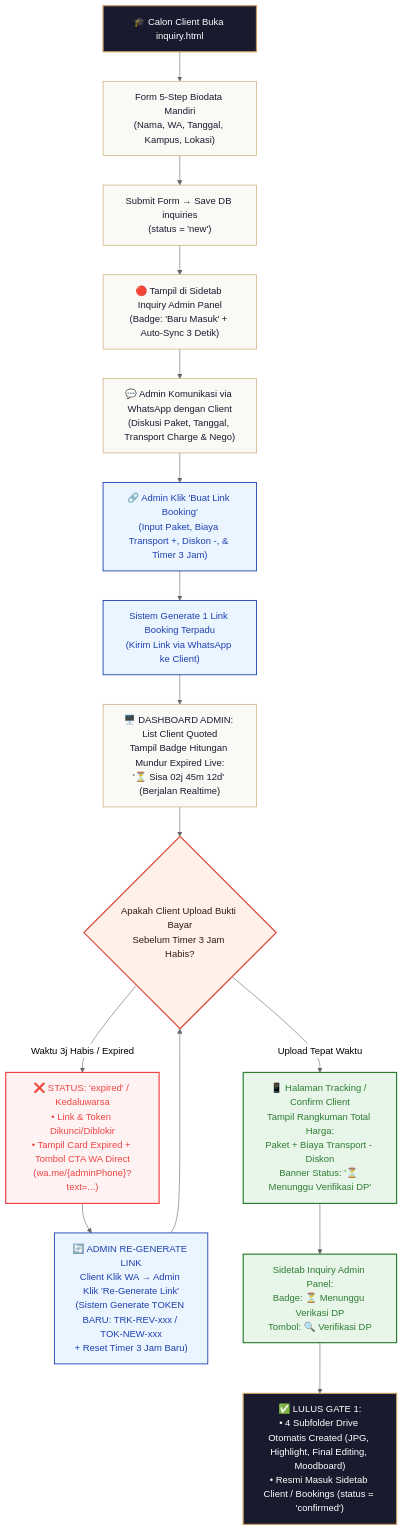
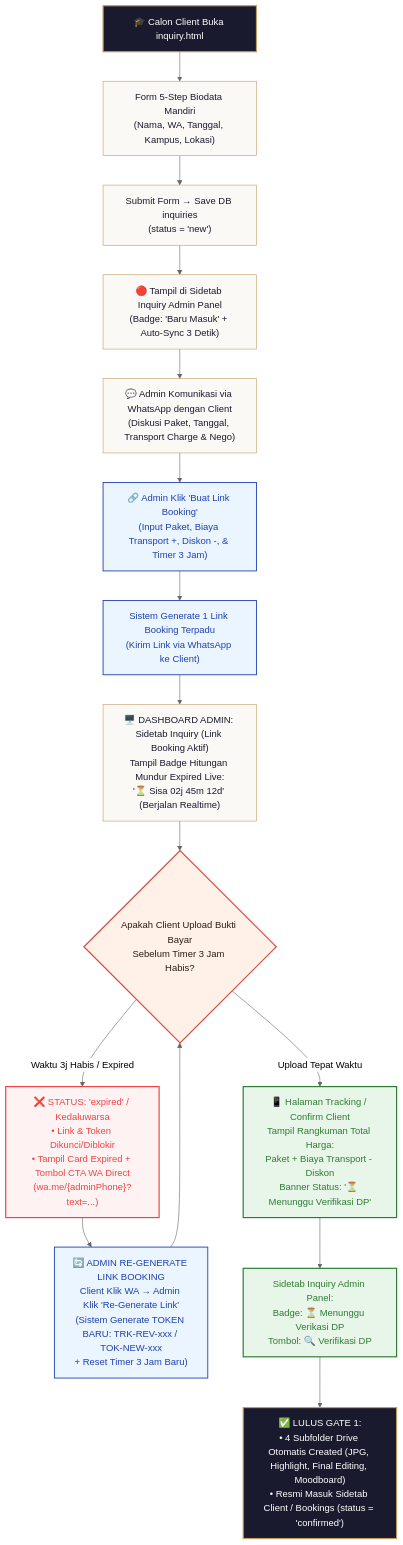
One commit to armansyam/Wisuda changed the diagram in FLOW_SISTEM/TAHAP1_alur_inqury.md. Above: the diagram before and after it, drawn with Mermaid (neutral theme). The commit also changed other lines of this file and 22 other files, not shown here.

````diff
--- a/FLOW_SISTEM/TAHAP1_alur_inqury.md
+++ b/FLOW_SISTEM/TAHAP1_alur_inqury.md
@@ -78,38 +81,38 @@
 ```mermaid
 flowchart TD
     classDef startEnd fill:#1A1A2E,stroke:#C59B63,stroke-width:2px,color:#FFF;
     classDef process fill:#FAF9F6,stroke:#C59B63,stroke-width:1px,color:#1A1A2E;
     classDef decision fill:#FFF0E8,stroke:#D94A3D,stroke-width:2px,color:#2D1B14;
     classDef branch1 fill:#EBF5FF,stroke:#1E40AF,stroke-width:1.5px,color:#1E40AF;
     classDef expired fill:#FEF2F2,stroke:#EF4444,stroke-width:2px,color:#EF4444;
     classDef gate fill:#E8F5E9,stroke:#2E7D32,stroke-width:2px,color:#2E7D32;
 
     %% TAHAP 1A
     Start["🎓 Calon Client Buka inquiry.html"]:::startEnd --> FillForm["Form 5-Step Biodata Mandiri\n(Nama, WA, Tanggal, Kampus, Lokasi)"]:::process
     FillForm --> Submit1A["Submit Form → Save DB inquiries\n(status = 'new')"]:::process
     Submit1A --> AdminAlert["🔴 Tampil di Sidetab Inquiry Admin Panel\n(Badge: 'Baru Masuk' + Auto-Sync 3 Detik)"]:::process
 
     %% TAHAP 1B
     AdminAlert --> WAComm["💬 Admin Komunikasi via WhatsApp dengan Client\n(Diskusi Paket, Tanggal, Transport Charge & Nego)"]:::process
     WAComm --> MakeLink["🔗 Admin Klik 'Buat Link Booking'\n(Input Paket, Biaya Transport +, Diskon -, & Timer 3 Jam)"]:::branch1
     MakeLink --> GenLink["Sistem Generate 1 Link Booking Terpadu\n(Kirim Link via WhatsApp ke Client)"]:::branch1
 
     %% LIVE COUNTDOWN DASHBOARD ADMIN
-    GenLink --> AdminListTimer["🖥️ DASHBOARD ADMIN: List Client Quoted\nTampil Badge Hitungan Mundur Expired Live:\n'⏳ Sisa 02j 45m 12d' (Berjalan Realtime)"]:::process
+    GenLink --> AdminListTimer["🖥️ DASHBOARD ADMIN: Sidetab Inquiry (Link Booking Aktif)\nTampil Badge Hitungan Mundur Expired Live:\n'⏳ Sisa 02j 45m 12d' (Berjalan Realtime)"]:::process
 
     %% TIMER EVALUATION
     AdminListTimer --> CheckTimer{"Apakah Client Upload Bukti Bayar\nSebelum Timer 3 Jam Habis?"}:::decision
 
     %% CABANG EXPIRED & RE-TOKEN
     CheckTimer -->|Waktu 3j Habis / Expired| ExpiredState["❌ STATUS: 'expired' / Kedaluwarsa\n• Link & Token Dikunci/Diblokir\n• Tampil Card Expired + Tombol CTA WA Direct\n(wa.me/{adminPhone}?text=...)"]:::expired
-    ExpiredState --> ReQuoteAction["🔄 ADMIN RE-GENERATE LINK\nClient Klik WA → Admin Klik 'Re-Generate Link'\n(Sistem Generate TOKEN BARU: TRK-REV-xxx / TOK-NEW-xxx\n+ Reset Timer 3 Jam Baru)"]:::branch1
-    ReQuoteAction --> CheckTimer
+    ExpiredState --> ReGenLinkAction["🔄 ADMIN RE-GENERATE LINK BOOKING\nClient Klik WA → Admin Klik 'Re-Generate Link'\n(Sistem Generate TOKEN BARU: TRK-REV-xxx / TOK-NEW-xxx\n+ Reset Timer 3 Jam Baru)"]:::branch1
+    ReGenLinkAction --> CheckTimer
 
     %% CABANG TEPAT WAKTU
     CheckTimer -->|Upload Tepat Waktu| UnifiedTracking["📱 Halaman Tracking / Confirm Client\nTampil Rangkuman Total Harga:\nPaket + Biaya Transport - Diskon\nBanner Status: '⏳ Menunggu Verifikasi DP'"]:::gate
 
     %% GATE 1 ADMIN
     UnifiedTracking --> Gate1["Sidetab Inquiry Admin Panel:\nBadge: ⏳ Menunggu Verikasi DP\nTombol: 🔍 Verifikasi DP"]:::gate
 
     Gate1 --> PassGate1["✅ LULUS GATE 1:\n• 4 Subfolder Drive Otomatis Created (JPG, Highlight, Final Editing, Moodboard)\n• Resmi Masuk Sidetab Client / Bookings (status = 'confirmed')"]:::startEnd
 ```
````
